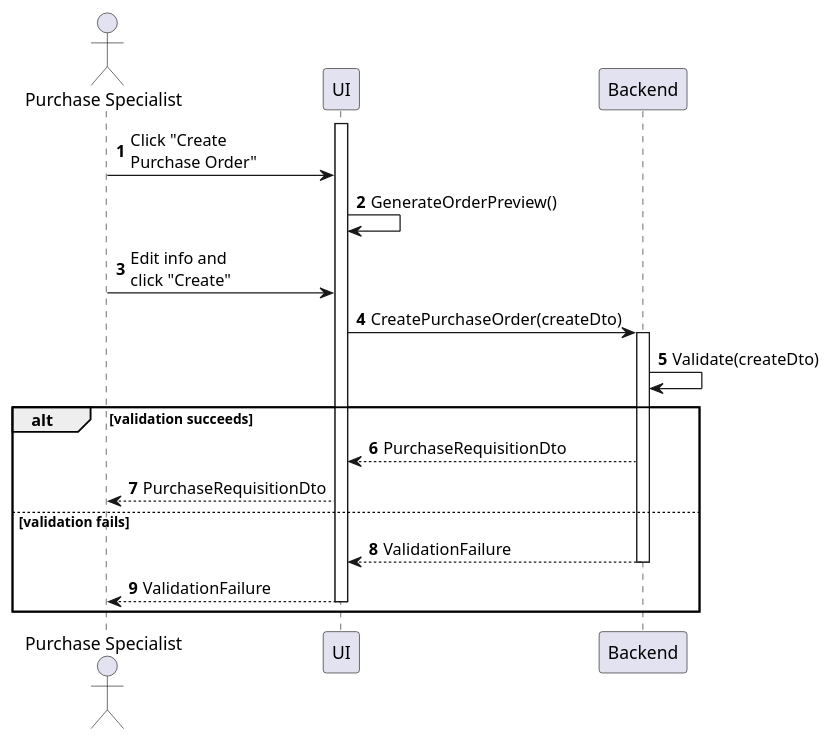
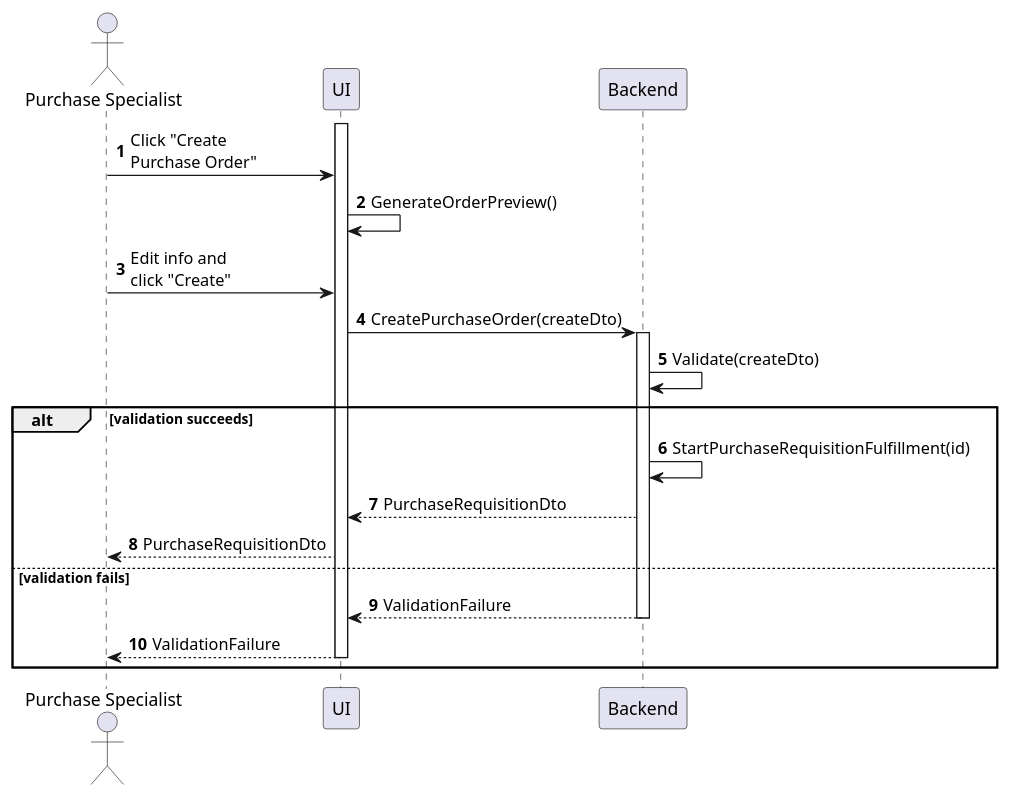
Before and after one commit to phihungha/scmss-reqs: the diagram in sequences/purchase-order-create.plantuml, drawn with PlantUML. The commit also changed 11 other files, not shown here.

```diff
--- a/sequences/purchase-order-create.plantuml
+++ b/sequences/purchase-order-create.plantuml
@@ -1,24 +1,25 @@
 @startuml purchase-order-create
 autonumber
 
 actor "Purchase Specialist" as a
 participant UI as f
 participant Backend as b
 
 activate f
 a -> f : Click "Create\nPurchase Order"
 f -> f : GenerateOrderPreview()
 a -> f : Edit info and\nclick "Create"
 f -> b : CreatePurchaseOrder(createDto)
 activate b
 b -> b : Validate(createDto)
 
 alt validation succeeds
+    b -> b : StartPurchaseRequisitionFulfillment(id)
     b --> f : PurchaseRequisitionDto
     f --> a : PurchaseRequisitionDto
 else validation fails
     return ValidationFailure
     f --> a : ValidationFailure
     deactivate f
 end
 @enduml
```
